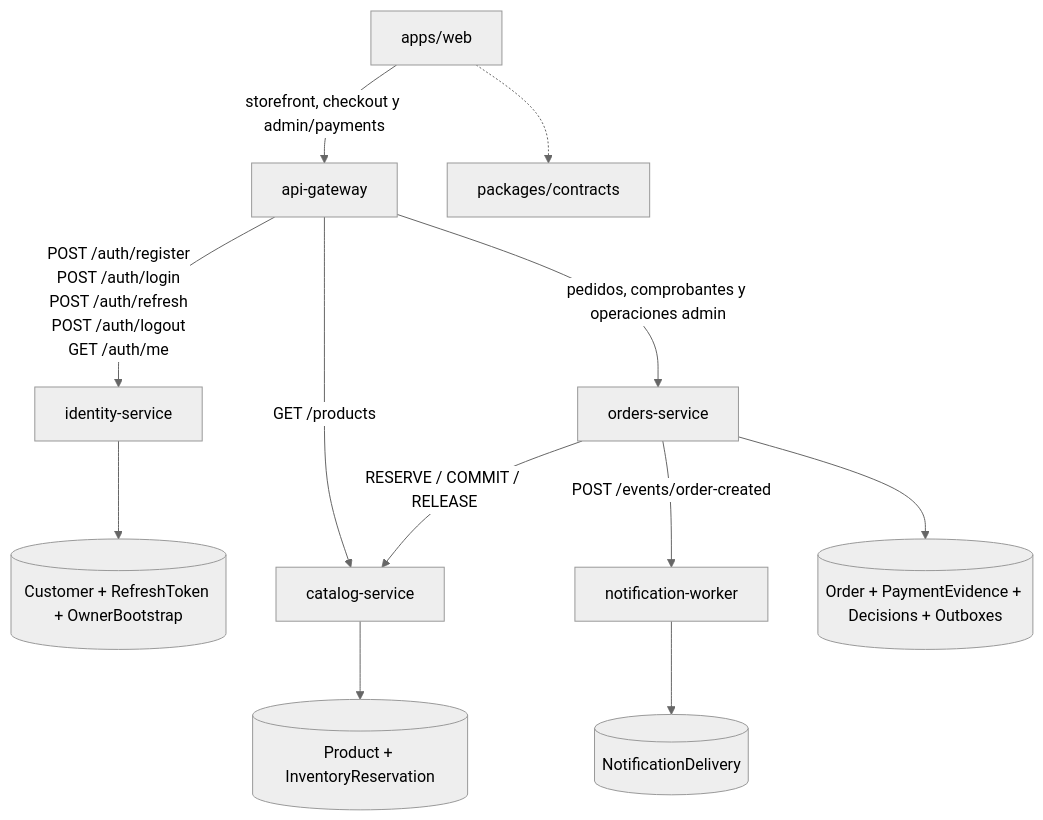
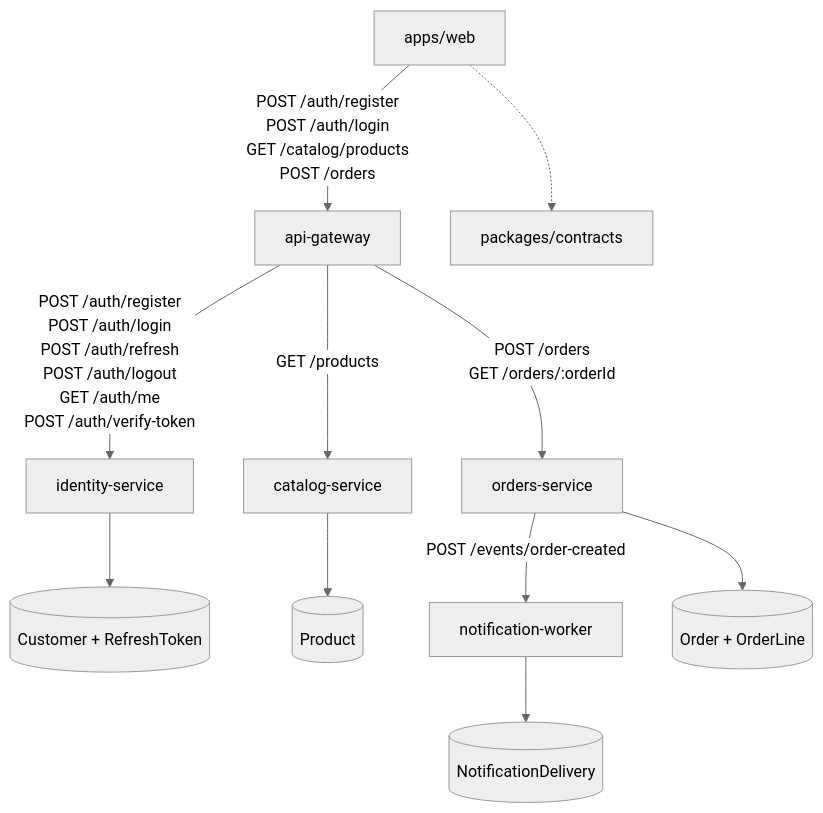
One commit to HectorARiascosI/mileshop-platform changed the third of 10 diagrams in docs/wiki/architecture-overview.md. Above: the diagram before and after it, drawn with Mermaid (neutral theme). The commit also changed other lines of this file and 89 other files, not shown here.

First line of the commit message:
Complete catalog reservations and order recovery

````diff
--- a/docs/wiki/architecture-overview.md
+++ b/docs/wiki/architecture-overview.md
@@ -62,26 +60,25 @@
 ```mermaid
 flowchart TB
     Web[apps/web]
     Gateway[api-gateway]
     Identity[identity-service]
     Catalog[catalog-service]
     Orders[orders-service]
     Worker[notification-worker]
     Contracts[packages/contracts]
-    IdentityDb[(Customer + RefreshToken + OwnerBootstrap)]
-    CatalogDb[(Product + InventoryReservation)]
-    OrdersDb[(Order + PaymentEvidence + Decisions + Outboxes)]
+    IdentityDb[(Customer + RefreshToken)]
+    CatalogDb[(Product)]
+    OrdersDb[(Order + OrderLine)]
     NotificationDb[(NotificationDelivery)]
 
-    Web -->|storefront, checkout y admin/payments| Gateway
-    Gateway -->|POST /auth/register\nPOST /auth/login\nPOST /auth/refresh\nPOST /auth/logout\nGET /auth/me| Identity
+    Web -->|POST /auth/register\nPOST /auth/login\nGET /catalog/products\nPOST /orders| Gateway
+    Gateway -->|POST /auth/register\nPOST /auth/login\nPOST /auth/refresh\nPOST /auth/logout\nGET /auth/me\nPOST /auth/verify-token| Identity
     Gateway -->|GET /products| Catalog
-    Gateway -->|pedidos, comprobantes y operaciones admin| Orders
-    Orders -->|RESERVE / COMMIT / RELEASE| Catalog
+    Gateway -->|POST /orders\nGET /orders/:orderId| Orders
     Orders -->|POST /events/order-created| Worker
     Web -.-> Contracts
     Identity --> IdentityDb
     Catalog --> CatalogDb
     Orders --> OrdersDb
     Worker --> NotificationDb
 ```
````
